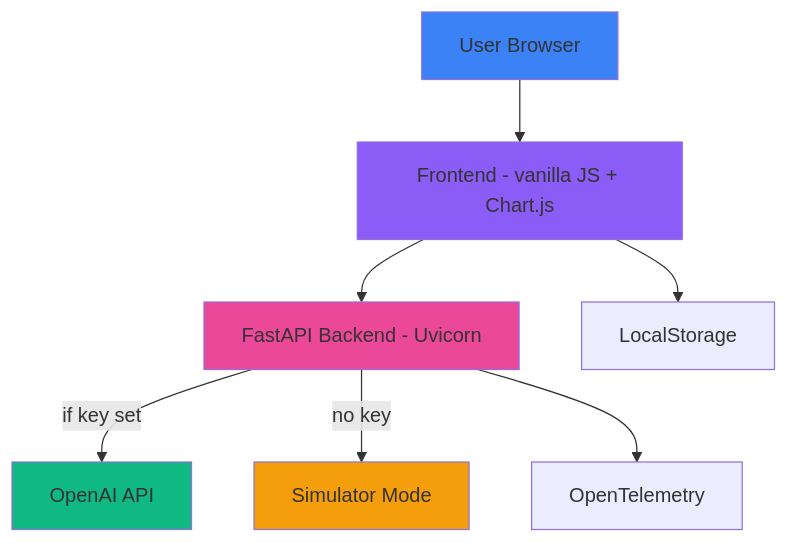
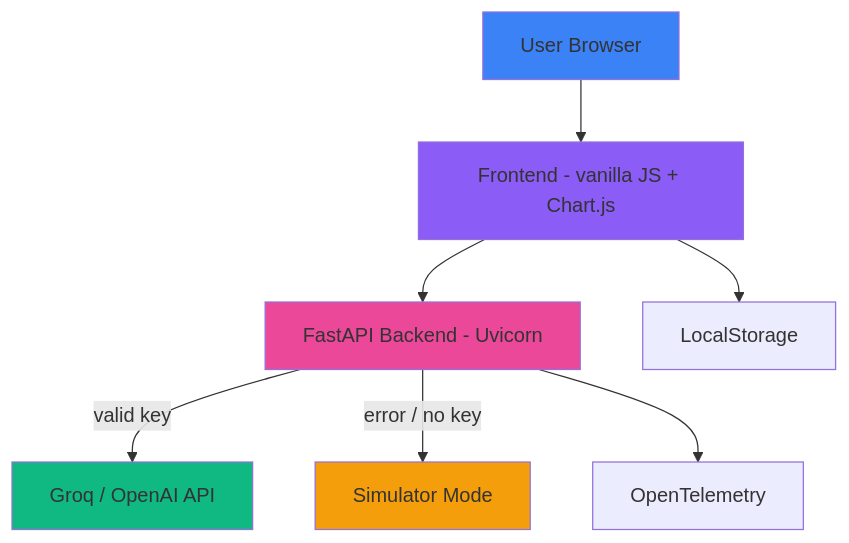
One commit to raulrodriguezmesia-blip/campaign-studio changed the diagram in README.md. Above: the diagram before and after it, drawn with Mermaid. The commit also changed other lines of this file and 1 other file, not shown here.

````diff
--- a/README.md
+++ b/README.md
@@ -60,15 +87,15 @@
 ```mermaid
 graph TD
     A[User Browser] --> B[Frontend - vanilla JS + Chart.js]
     B --> C[FastAPI Backend - Uvicorn]
-    C -->|if key set| D[OpenAI API]
-    C -->|no key| E[Simulator Mode]
+    C -->|valid key| D[Groq / OpenAI API]
+    C -->|error / no key| E[Simulator Mode]
     B --> F[LocalStorage]
     C --> G[OpenTelemetry]
-    
+
     style A fill:#3b82f6
     style B fill:#8b5cf6
     style C fill:#ec4899
     style D fill:#10b981
     style E fill:#f59e0b
 ```
````
